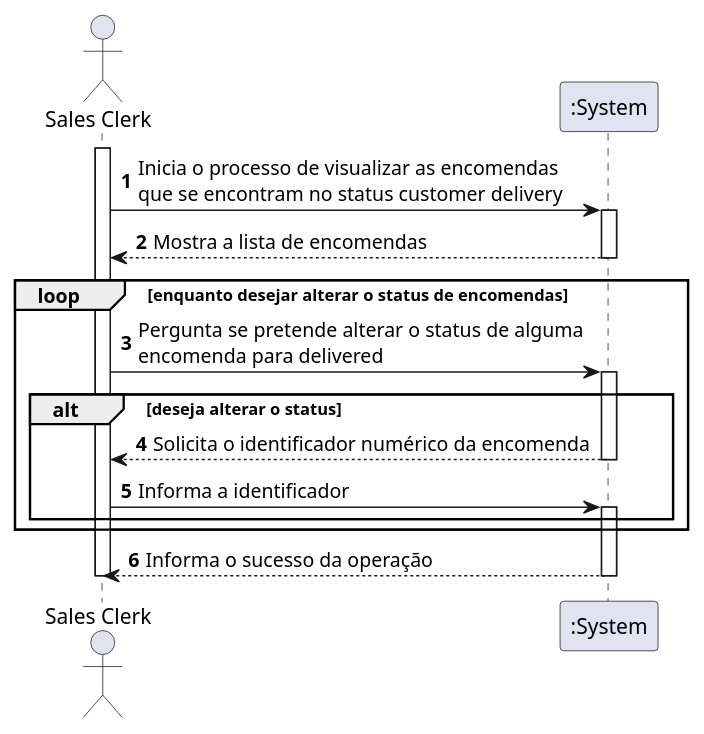
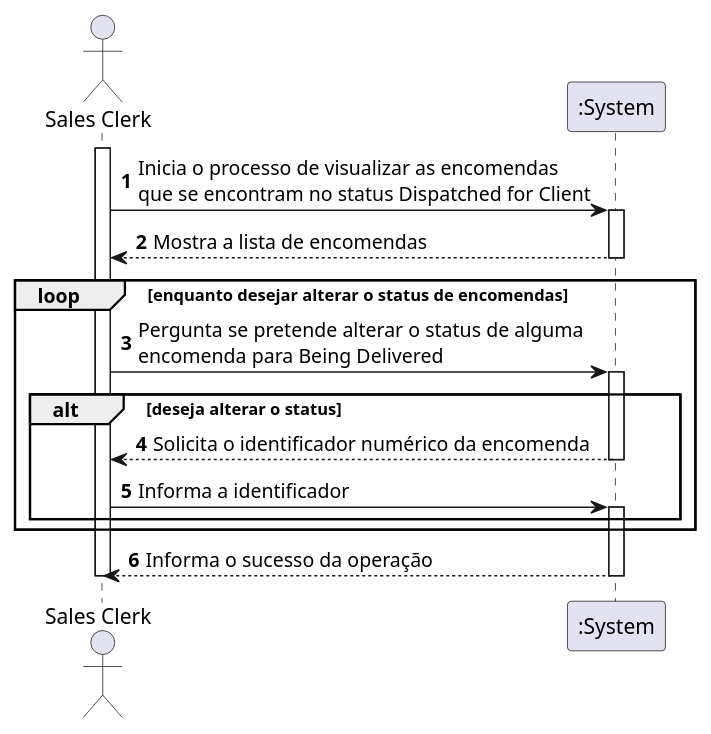
One commit to 0franciscor/lei21_22_s4_2de_01 changed the diagram in docs/1201386/US1006/SSD_AlterarStatusDaOrderParaDelivered.puml. Above: the diagram before and after it, drawn with PlantUML. The commit also changed 6 other files, not shown here.

```diff
--- a/docs/1201386/US1006/SSD_AlterarStatusDaOrderParaDelivered.puml
+++ b/docs/1201386/US1006/SSD_AlterarStatusDaOrderParaDelivered.puml
@@ -1,25 +1,25 @@
 @startuml
 
 autonumber
 actor "Sales Clerk" as SC
 
 activate SC
-SC -> ":System" : Inicia o processo de visualizar as encomendas\nque se encontram no status customer delivery
+SC -> ":System" : Inicia o processo de visualizar as encomendas\nque se encontram no status Dispatched for Client
 activate ":System"
 ":System" --> SC : Mostra a lista de encomendas
 deactivate ":System"
 loop enquanto desejar alterar o status de encomendas
-SC -> ":System" : Pergunta se pretende alterar o status de alguma\nencomenda para delivered
+SC -> ":System" : Pergunta se pretende alterar o status de alguma\nencomenda para Being Delivered
 activate ":System"
 alt deseja alterar o status
 ":System" --> SC : Solicita o identificador numérico da encomenda
 deactivate ":System"
 SC -> ":System" : Informa a identificador
 activate ":System"
 end
 end
 ":System" --> SC : Informa o sucesso da operação
 deactivate ":System"
 deactivate SC
 
 @enduml
```
